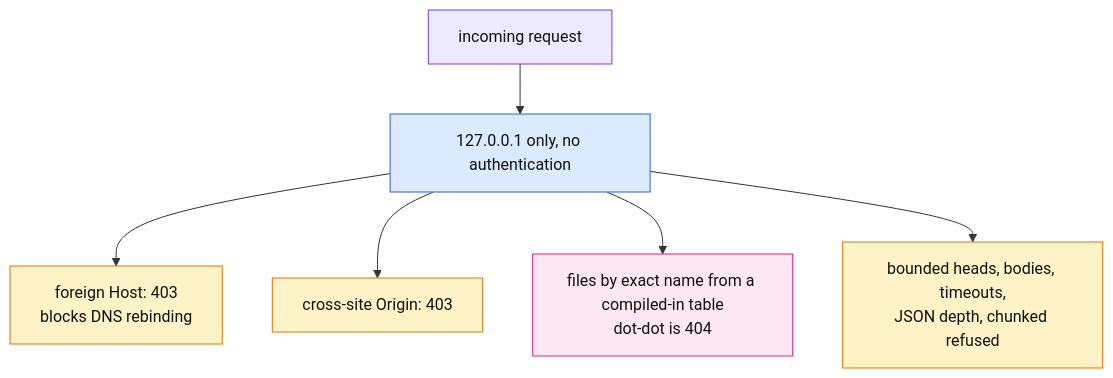
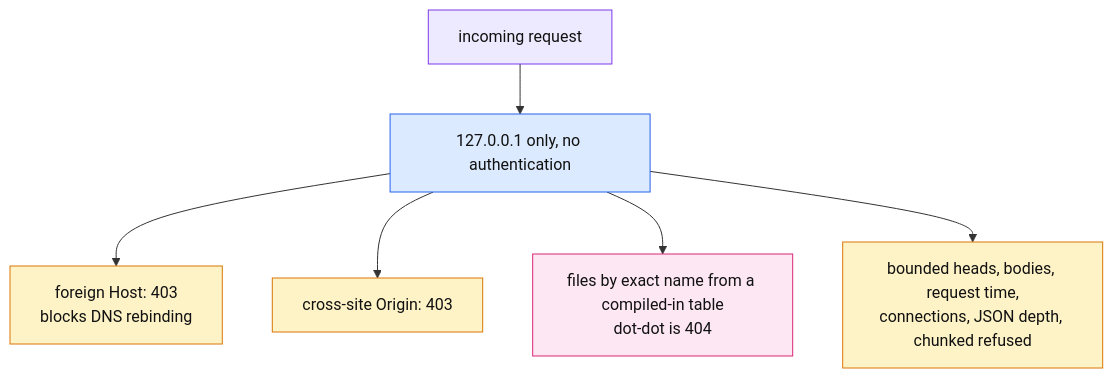
One commit to thomascherickal/ferrum-gpu changed diagram 20 of 21 in docs/gui.md. Above: the diagram before and after it, drawn with Mermaid. The commit also changed other lines of this file and 16 other files, not shown here.

First line of the commit message:
security: a whole-request time budget and a connection cap for the HTTP server

````diff
--- a/docs/gui.md
+++ b/docs/gui.md
@@ -370,13 +370,13 @@
 ```mermaid
 flowchart TD
     r["incoming request"]:::host --> b["127.0.0.1 only, no authentication"]:::core
     b --> h["foreign Host: 403<br/>blocks DNS rebinding"]:::cpu
     b --> o["cross-site Origin: 403"]:::cpu
     b --> f["files by exact name from a compiled-in table<br/>dot-dot is 404"]:::io
-    b --> l["bounded heads, bodies, timeouts,<br/>JSON depth, chunked refused"]:::cpu
+    b --> l["bounded heads, bodies, request time,<br/>connections, JSON depth, chunked refused"]:::cpu
     classDef core fill:#dbeafe,stroke:#2563eb,color:#111
     classDef gpu fill:#dcfce7,stroke:#16a34a,color:#111
     classDef cpu fill:#fef3c7,stroke:#d97706,color:#111
     classDef io fill:#fce7f3,stroke:#db2777,color:#111
     classDef host fill:#ede9fe,stroke:#7c3aed,color:#111
 ```
````
